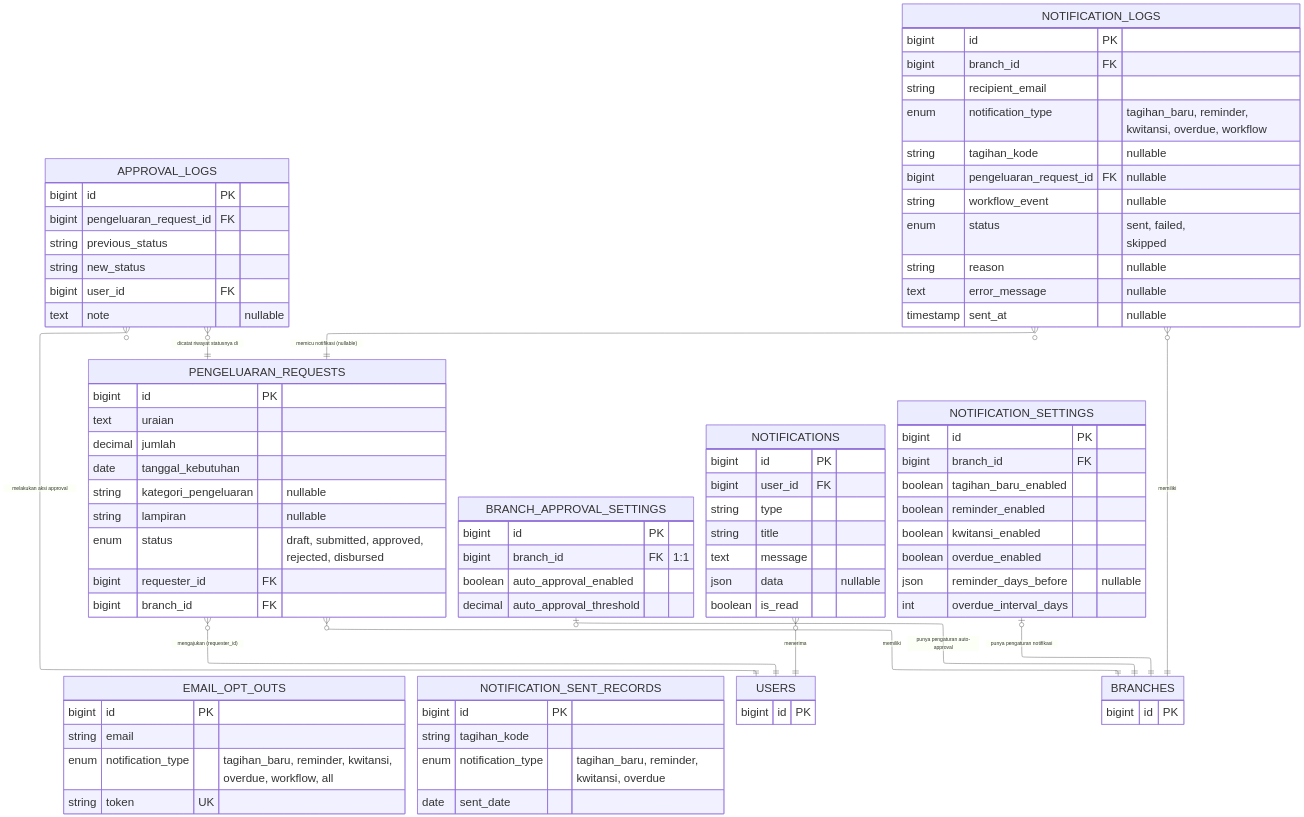
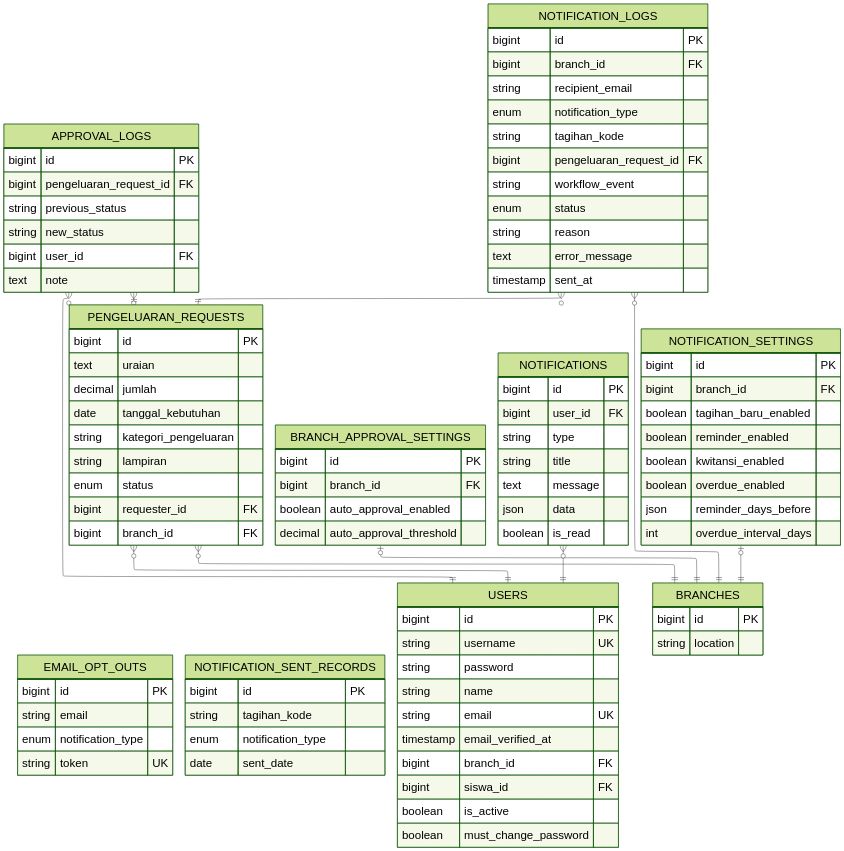
The diagram in document/aset-laporan/mermaid-erd/approval-notifikasi.mmd (Fathurrahman-R/Manajemen-Keuangan-dan-SPP-Handayani), drawn with Mermaid before and after one commit. The commit also changed 14 other files, not shown here.

First line of the commit message:
Rapikan diagram ERD mermaid: hapus label relasi dan komentar atribut, lengkapi kolom tabel yang disingkat

```diff
--- a/document/aset-laporan/mermaid-erd/approval-notifikasi.mmd
+++ b/document/aset-laporan/mermaid-erd/approval-notifikasi.mmd
@@ -1,90 +1,105 @@
 %%{
     init: {
+        'theme': 'forest',
         'layout': 'elk',
         'themeVariables': {'fontSize': '32px'},
         'themeCSS': '.edgeLabel, .edgeLabel p { font-size: 32px !important; }'
     }
 }%%
 erDiagram
     direction BT
     PENGELUARAN_REQUESTS {
         bigint id PK
         text uraian
         decimal jumlah
         date tanggal_kebutuhan
-        string kategori_pengeluaran "nullable"
-        string lampiran "nullable"
-        enum status "draft, submitted, approved, rejected, disbursed"
+        string kategori_pengeluaran
+        string lampiran
+        enum status
         bigint requester_id FK
         bigint branch_id FK
     }
     APPROVAL_LOGS {
         bigint id PK
         bigint pengeluaran_request_id FK
         string previous_status
         string new_status
         bigint user_id FK
-        text note "nullable"
+        text note
     }
     BRANCH_APPROVAL_SETTINGS {
         bigint id PK
-        bigint branch_id FK "1:1"
+        bigint branch_id FK
         boolean auto_approval_enabled
         decimal auto_approval_threshold
     }
     NOTIFICATIONS {
         bigint id PK
         bigint user_id FK
         string type
         string title
         text message
-        json data "nullable"
+        json data
         boolean is_read
     }
     NOTIFICATION_SETTINGS {
         bigint id PK
         bigint branch_id FK
         boolean tagihan_baru_enabled
         boolean reminder_enabled
         boolean kwitansi_enabled
         boolean overdue_enabled
-        json reminder_days_before "nullable"
+        json reminder_days_before
         int overdue_interval_days
     }
     NOTIFICATION_LOGS {
         bigint id PK
         bigint branch_id FK
         string recipient_email
-        enum notification_type "tagihan_baru, reminder, kwitansi, overdue, workflow"
-        string tagihan_kode "nullable"
-        bigint pengeluaran_request_id FK "nullable"
-        string workflow_event "nullable"
-        enum status "sent, failed, skipped"
-        string reason "nullable"
-        text error_message "nullable"
-        timestamp sent_at "nullable"
+        enum notification_type
+        string tagihan_kode
+        bigint pengeluaran_request_id FK
+        string workflow_event
+        enum status
+        string reason
+        text error_message
+        timestamp sent_at
     }
     EMAIL_OPT_OUTS {
         bigint id PK
         string email
-        enum notification_type "tagihan_baru, reminder, kwitansi, overdue, workflow, all"
+        enum notification_type
         string token UK
     }
     NOTIFICATION_SENT_RECORDS {
         bigint id PK
         string tagihan_kode
-        enum notification_type "tagihan_baru, reminder, kwitansi, overdue"
+        enum notification_type
         date sent_date
     }
-    USERS { bigint id PK }
-    BRANCHES { bigint id PK }
+    USERS {
+        bigint id PK
+        string username UK
+        string password
+        string name
+        string email UK
+        timestamp email_verified_at
+        bigint branch_id FK
+        bigint siswa_id FK
+        boolean is_active
+        boolean must_change_password
+    }
+    BRANCHES {
+        bigint id PK
+        string location
+    }
 
-    USERS ||--o{ PENGELUARAN_REQUESTS : "mengajukan (requester_id)"
-    BRANCHES ||--o{ PENGELUARAN_REQUESTS : "memiliki"
-    PENGELUARAN_REQUESTS ||--o{ APPROVAL_LOGS : "dicatat riwayat statusnya di"
-    USERS ||--o{ APPROVAL_LOGS : "melakukan aksi approval"
-    BRANCHES ||--o| BRANCH_APPROVAL_SETTINGS : "punya pengaturan auto-approval"
-    USERS ||--o{ NOTIFICATIONS : "menerima"
-    BRANCHES ||--o| NOTIFICATION_SETTINGS : "punya pengaturan notifikasi"
-    BRANCHES ||--o{ NOTIFICATION_LOGS : "memiliki"
-    PENGELUARAN_REQUESTS ||--o{ NOTIFICATION_LOGS : "memicu notifikasi (nullable)"
+    USERS ||--o{ PENGELUARAN_REQUESTS : ""
+    BRANCHES ||--o{ PENGELUARAN_REQUESTS : ""
+    PENGELUARAN_REQUESTS ||--o{ APPROVAL_LOGS : ""
+    USERS ||--o{ APPROVAL_LOGS : ""
+    BRANCHES ||--o| BRANCH_APPROVAL_SETTINGS : ""
+    USERS ||--o{ NOTIFICATIONS : ""
+    BRANCHES ||--o| NOTIFICATION_SETTINGS : ""
+    BRANCHES ||--o{ NOTIFICATION_LOGS : ""
+    PENGELUARAN_REQUESTS ||--o{ NOTIFICATION_LOGS : ""
```
